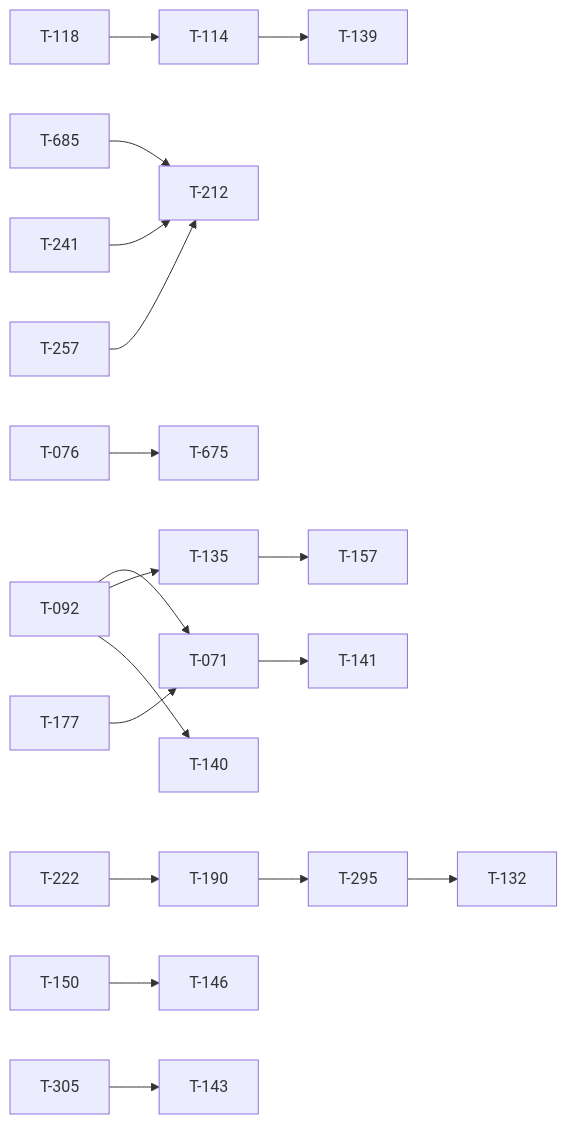
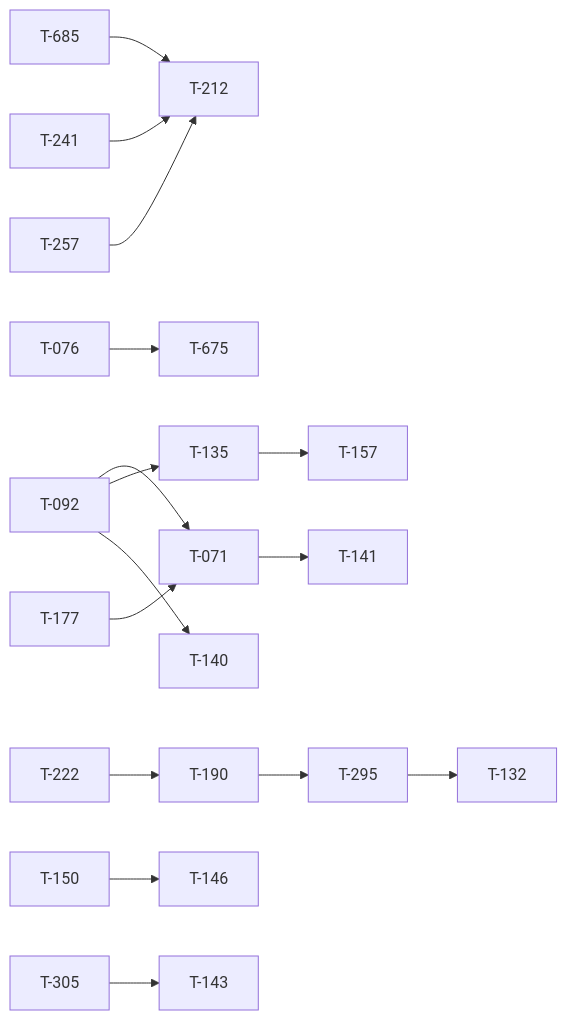
Before and after one commit to darkforce09/TBD-reforger: the diagram in docs/TICKET_LEAD.md, drawn with Mermaid. The commit also changed other lines of this file and 25 other files, not shown here.

````diff
--- a/docs/TICKET_LEAD.md
+++ b/docs/TICKET_LEAD.md
@@ -90,20 +88,18 @@
 ```mermaid
 flowchart LR
   T092[T-092] --> T071[T-071]
   T177[T-177] --> T071[T-071]
-  T118[T-118] --> T114[T-114]
   T685[T-685] --> T212[T-212]
   T241[T-241] --> T212[T-212]
   T257[T-257] --> T212[T-212]
   T076[T-076] --> T675[T-675]
-  T114[T-114] --> T139[T-139]
   T222[T-222] --> T190[T-190]
   T135[T-135] --> T157[T-157]
   T071[T-071] --> T141[T-141]
   T150[T-150] --> T146[T-146]
   T305[T-305] --> T143[T-143]
   T092[T-092] --> T135[T-135]
   T092[T-092] --> T140[T-140]
   T190[T-190] --> T295[T-295]
   T295[T-295] --> T132[T-132]
 ```
````
